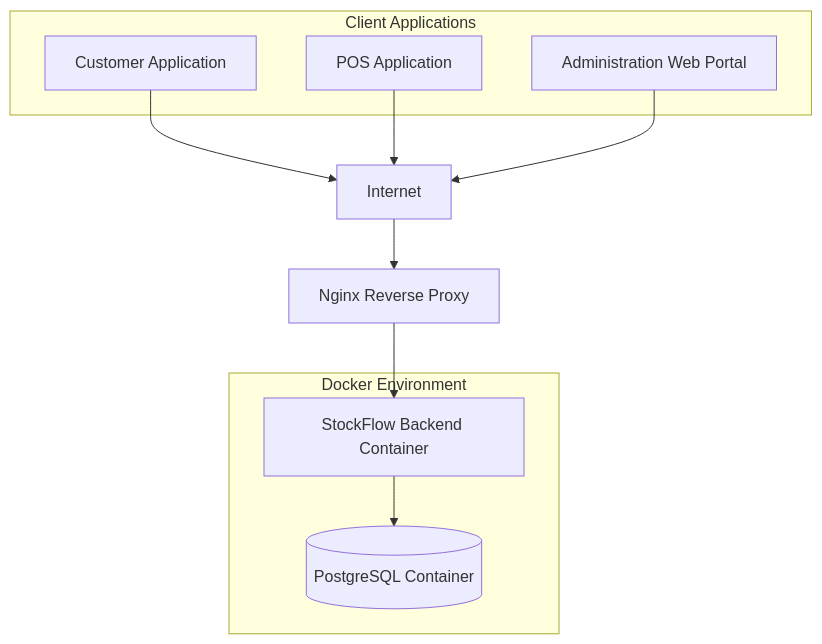
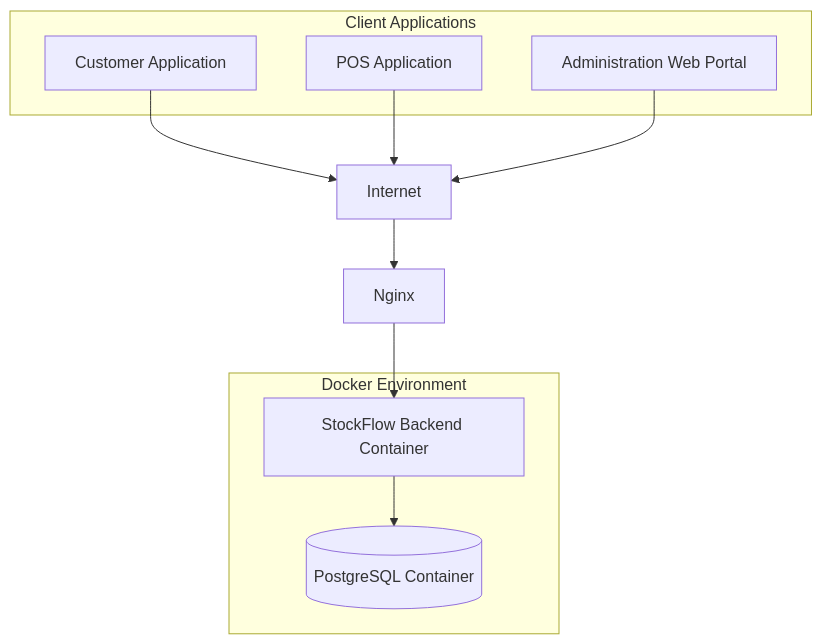
The first of 2 diagrams in architecture/system-architecture.md (va4815/stockflow-docs), drawn with Mermaid before and after one commit. The commit also changed other lines of this file, not shown here.

````diff
--- a/architecture/system-architecture.md
+++ b/architecture/system-architecture.md
@@ -42,24 +42,24 @@
 ```mermaid
 flowchart TD
     subgraph Clients["Client Applications"]
         Customer["Customer Application"]
         POS["POS Application"]
         Admin["Administration Web Portal"]
     end
 
     Internet["Internet"]
-    Nginx["Nginx Reverse Proxy"]
+    Nginx["Nginx"]
 
     subgraph DockerHost["Docker Environment"]
         StockFlow["StockFlow Backend Container"]
         Database[("PostgreSQL Container")]
     end
 
     Customer --> Internet
     POS --> Internet
     Admin --> Internet
 
     Internet --> Nginx
     Nginx --> StockFlow
     StockFlow --> Database
 ```
````
